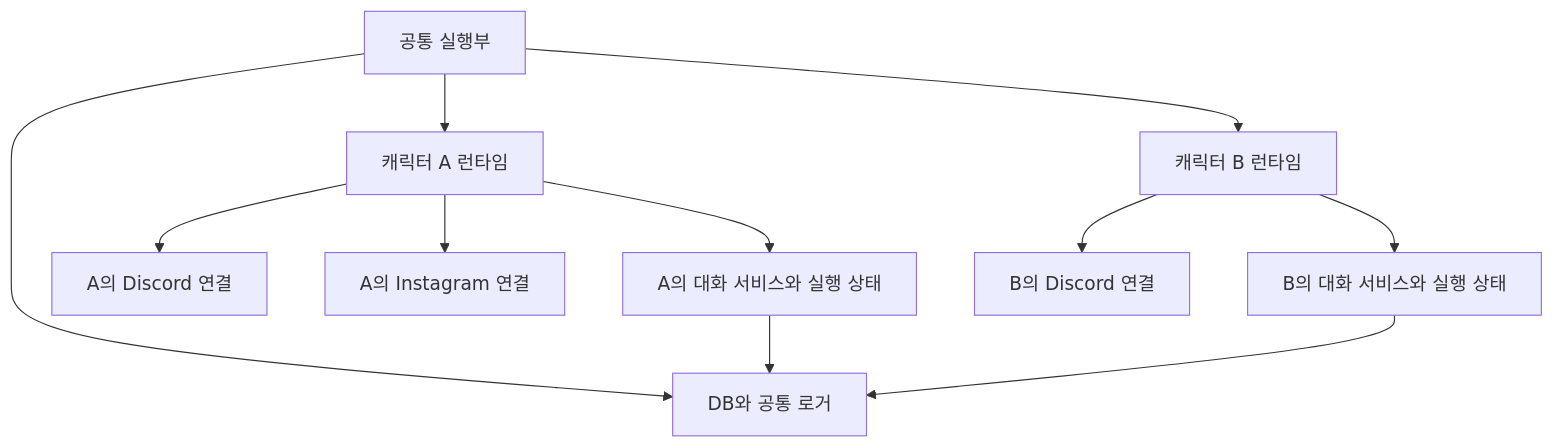
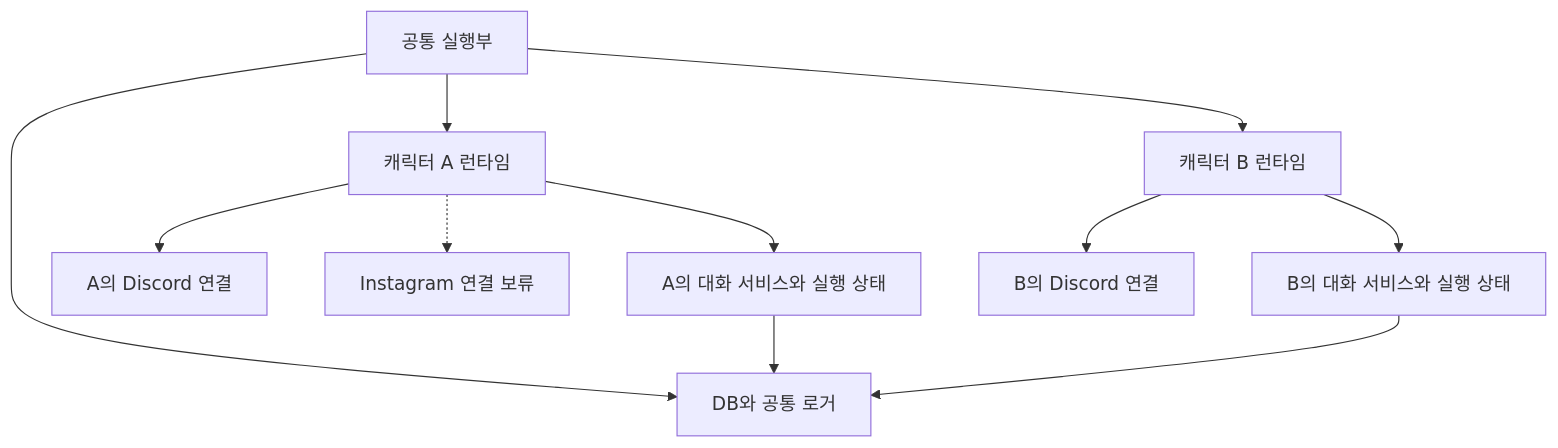
The diagram in docs/개발/캐릭터 중심 다중 플랫폼 실행 계획.md (uheej0625/aimate), drawn with Mermaid before and after one commit. The commit also changed other lines of this file and 77 other files, not shown here.

````diff
--- a/docs/개발/캐릭터 중심 다중 플랫폼 실행 계획.md
+++ b/docs/개발/캐릭터 중심 다중 플랫폼 실행 계획.md
@@ -61,13 +61,13 @@
 ```mermaid
 flowchart TD
     Host[공통 실행부] --> Shared[DB와 공통 로거]
     Host --> A[캐릭터 A 런타임]
     Host --> B[캐릭터 B 런타임]
     A --> AD[A의 Discord 연결]
-    A --> AI[A의 Instagram 연결]
+    A -.-> AI[Instagram 연결 보류]
     A --> AS[A의 대화 서비스와 실행 상태]
     B --> BD[B의 Discord 연결]
     B --> BS[B의 대화 서비스와 실행 상태]
     AS --> Shared
     BS --> Shared
 ```
````
